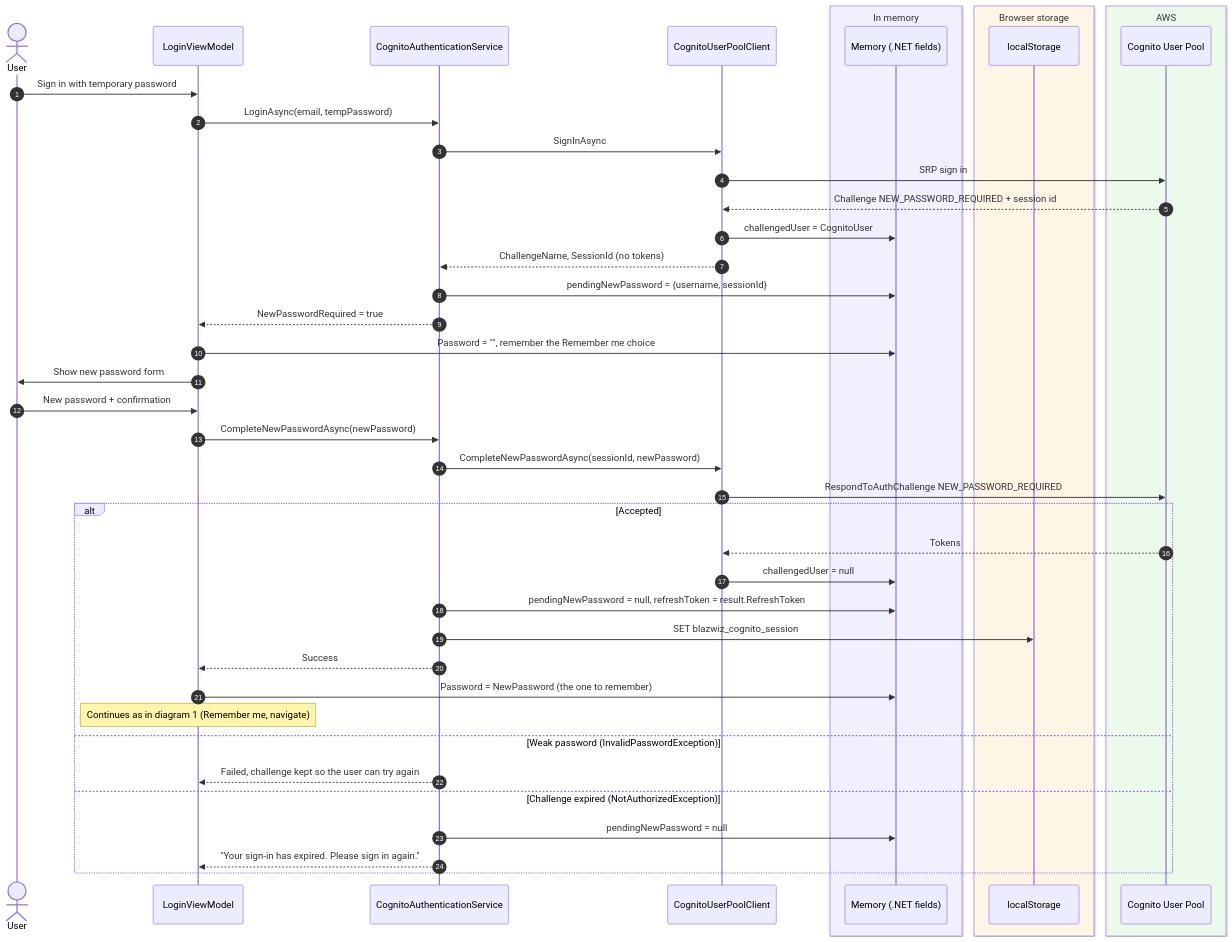
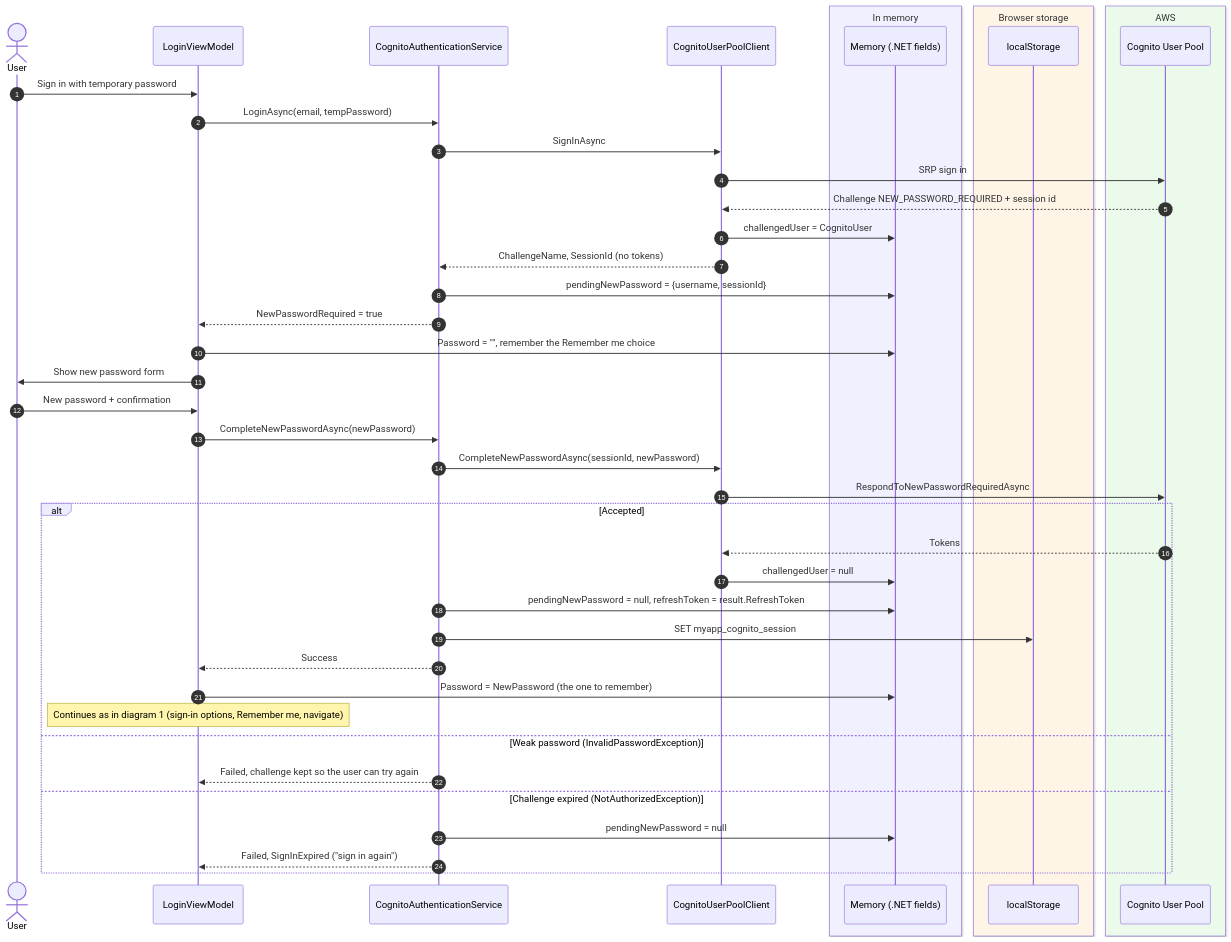
Before and after one commit to devoctomy/blazwiz: the second of 7 diagrams in docs/diagrams/authentication.md, drawn with Mermaid. The commit also changed other lines of this file and 9 other files, not shown here.

First line of the commit message:
chore: update to documents / diagrams and agents (#17)

````diff
--- a/docs/diagrams/authentication.md
+++ b/docs/diagrams/authentication.md
@@ -89,48 +99,48 @@
 ```mermaid
 sequenceDiagram
     autonumber
     actor User
     participant VM as LoginViewModel
     participant Auth as CognitoAuthenticationService
     participant UPC as CognitoUserPoolClient
     box rgb(240,240,255) In memory
         participant Mem as Memory (.NET fields)
     end
     box rgb(255,245,230) Browser storage
         participant LS as localStorage
     end
     box rgb(235,250,235) AWS
         participant UP as Cognito User Pool
     end
 
     User->>VM: Sign in with temporary password
     VM->>Auth: LoginAsync(email, tempPassword)
     Auth->>UPC: SignInAsync
     UPC->>UP: SRP sign in
     UP-->>UPC: Challenge NEW_PASSWORD_REQUIRED + session id
     UPC->>Mem: challengedUser = CognitoUser
     UPC-->>Auth: ChallengeName, SessionId (no tokens)
     Auth->>Mem: pendingNewPassword = {username, sessionId}
     Auth-->>VM: NewPasswordRequired = true
     VM->>Mem: Password = "", remember the Remember me choice
     VM->>User: Show new password form
 
     User->>VM: New password + confirmation
     VM->>Auth: CompleteNewPasswordAsync(newPassword)
     Auth->>UPC: CompleteNewPasswordAsync(sessionId, newPassword)
-    UPC->>UP: RespondToAuthChallenge NEW_PASSWORD_REQUIRED
+    UPC->>UP: RespondToNewPasswordRequiredAsync
     alt Accepted
         UP-->>UPC: Tokens
         UPC->>Mem: challengedUser = null
         Auth->>Mem: pendingNewPassword = null, refreshToken = result.RefreshToken
-        Auth->>LS: SET blazwiz_cognito_session
+        Auth->>LS: SET myapp_cognito_session
         Auth-->>VM: Success
         VM->>Mem: Password = NewPassword (the one to remember)
-        Note over VM: Continues as in diagram 1 (Remember me, navigate)
+        Note over VM: Continues as in diagram 1 (sign-in options, Remember me, navigate)
     else Weak password (InvalidPasswordException)
         Auth-->>VM: Failed, challenge kept so the user can try again
     else Challenge expired (NotAuthorizedException)
         Auth->>Mem: pendingNewPassword = null
-        Auth-->>VM: "Your sign-in has expired. Please sign in again."
+        Auth-->>VM: Failed, SignInExpired ("sign in again")
     end
 ```
````
